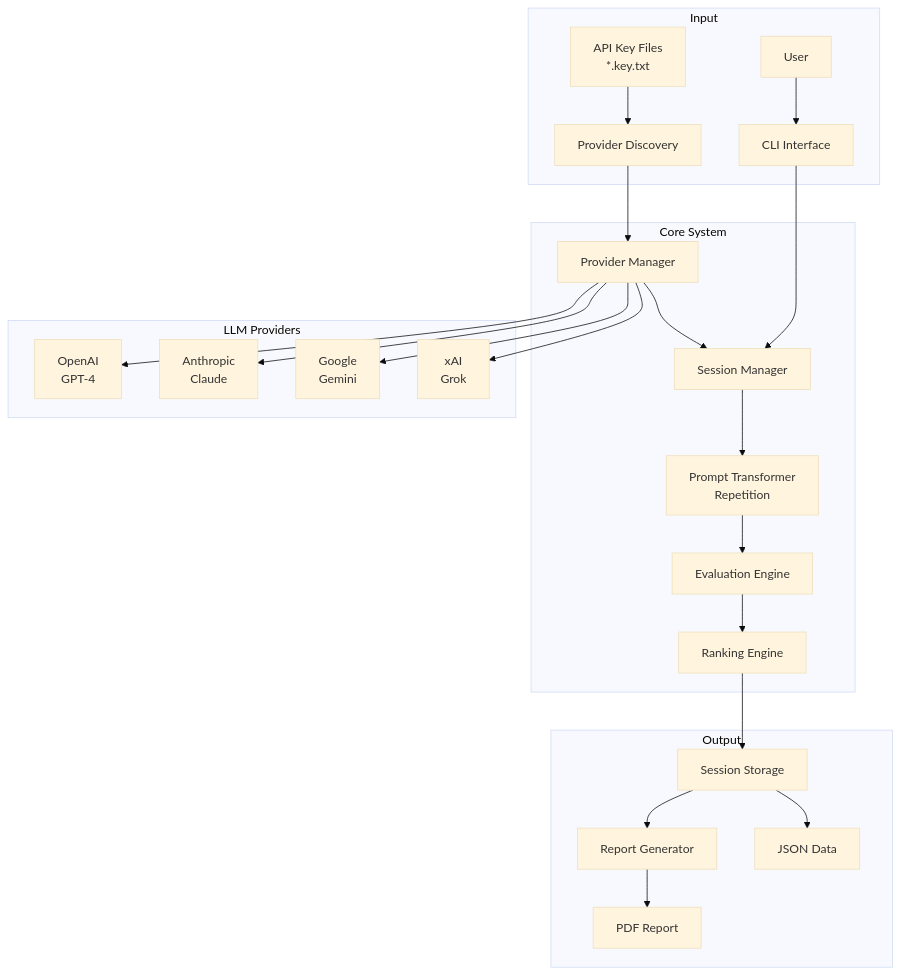
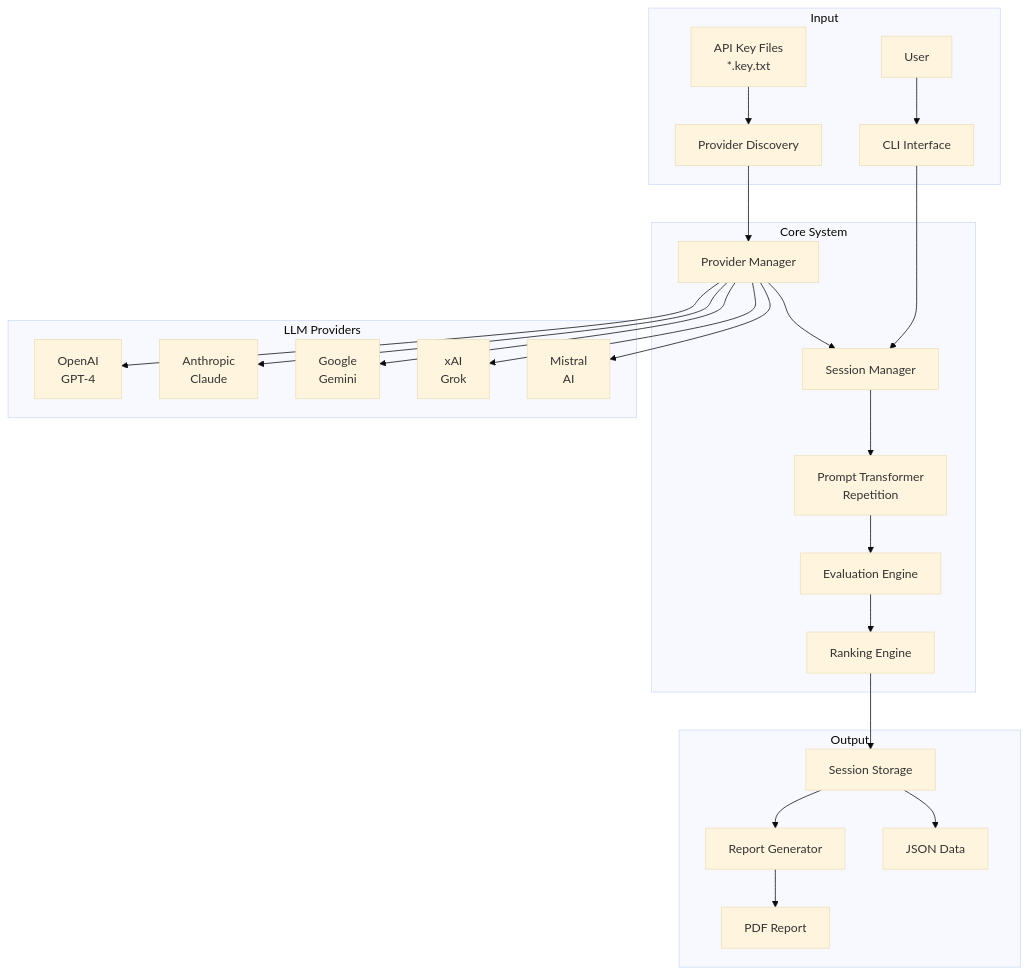
The first of 19 diagrams in docs/ARCHITECTURE.md (rondilley/llm_compare), drawn with Mermaid (base theme) before and after one commit. The commit also changed other lines of this file and 2 other files, not shown here.

````diff
--- a/docs/ARCHITECTURE.md
+++ b/docs/ARCHITECTURE.md
@@ -7,30 +7,31 @@
 ```mermaid
 flowchart TB
     subgraph Input
         USER[User] --> CLI[CLI Interface]
         KEYS[API Key Files<br/>*.key.txt] --> DISC[Provider Discovery]
     end
 
     subgraph Core["Core System"]
         CLI --> SM[Session Manager]
         DISC --> PM[Provider Manager]
         PM --> SM
         SM --> PROMPT[Prompt Transformer<br/>Repetition]
         PROMPT --> EVAL[Evaluation Engine]
         EVAL --> RANK[Ranking Engine]
     end
 
     subgraph Providers["LLM Providers"]
         PM --> OAI[OpenAI<br/>GPT-4]
         PM --> CLD[Anthropic<br/>Claude]
         PM --> GEM[Google<br/>Gemini]
         PM --> XAI[xAI<br/>Grok]
+        PM --> MIS[Mistral<br/>AI]
     end
 
     subgraph Output
         RANK --> STORE[Session Storage]
         STORE --> RPT[Report Generator]
         RPT --> PDF[PDF Report]
         STORE --> JSON[JSON Data]
     end
 ```
````
